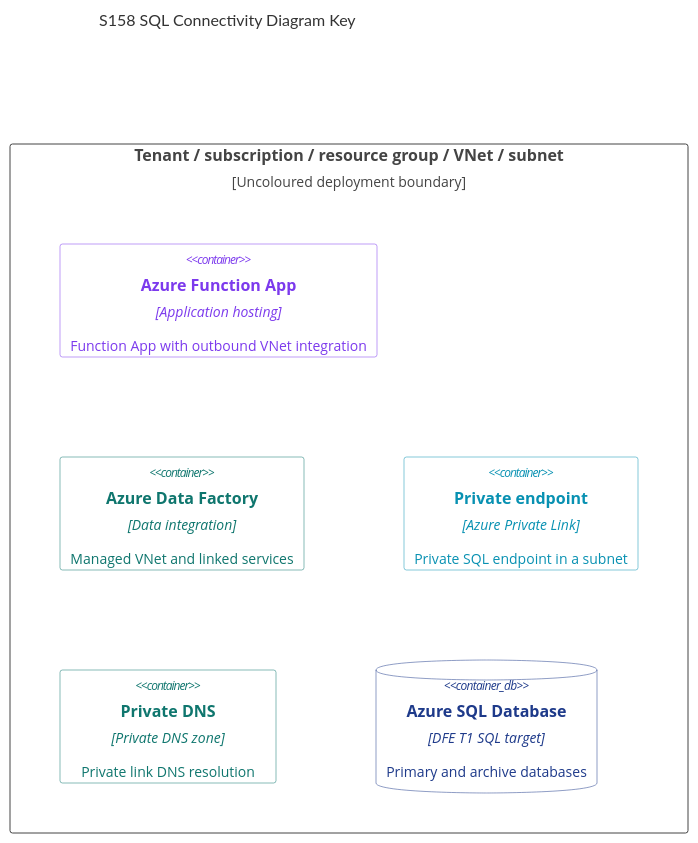
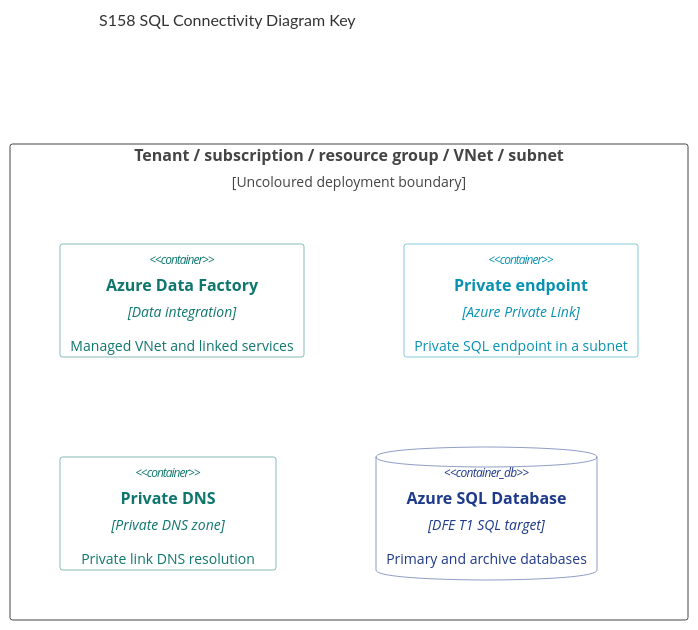
One commit to DFE-Digital/get-information-about-schools changed the ninth of 10 diagrams in documentation/operations/deployment-architecture.md. Above: the diagram before and after it, drawn with Mermaid. The commit also changed other lines of this file and 1 other file, not shown here.

````diff
--- a/documentation/operations/deployment-architecture.md
+++ b/documentation/operations/deployment-architecture.md
@@ -496,22 +487,20 @@
 ```mermaid
 %%{init: {'theme': 'base', 'themeVariables': { 'primaryColor': '#ffffff', 'secondaryColor': '#ffffff', 'tertiaryColor': '#ffffff', 'lineColor': '#334155', 'fontFamily': 'Segoe UI, Arial, sans-serif'}, 'themeCSS': 'rect, path { stroke-width: 2.5px; } .relationshipLine { stroke-width: 2px; }'}}%%
 C4Deployment
 
     title S158 SQL Connectivity Diagram Key
 
     UpdateLayoutConfig($c4ShapeInRow="6", $c4BoundaryInRow="3")
 
     Deployment_Node(keyBoundary, "Tenant / subscription / resource group / VNet / subnet", "Uncoloured deployment boundary") {
-        Container(functionKey, "Azure Function App", "Application hosting", "Function App with outbound VNet integration")
         Container(dataFactoryKey, "Azure Data Factory", "Data integration", "Managed VNet and linked services")
         Container(privateEndpointKey, "Private endpoint", "Azure Private Link", "Private SQL endpoint in a subnet")
         Container(privateDnsKey, "Private DNS", "Private DNS zone", "Private link DNS resolution")
         ContainerDb(sqlKey, "Azure SQL Database", "DFE T1 SQL target", "Primary and archive databases")
     }
 
-    UpdateElementStyle(functionKey, $bgColor="#ffffff", $fontColor="#7c3aed", $borderColor="#7c3aed")
     UpdateElementStyle(dataFactoryKey, $bgColor="#ffffff", $fontColor="#0f766e", $borderColor="#0f766e")
     UpdateElementStyle(privateEndpointKey, $bgColor="#ffffff", $fontColor="#0891b2", $borderColor="#0891b2")
     UpdateElementStyle(privateDnsKey, $bgColor="#ffffff", $fontColor="#0f766e", $borderColor="#0f766e")
     UpdateElementStyle(sqlKey, $bgColor="#ffffff", $fontColor="#1e3a8a", $borderColor="#1e3a8a")
 ```
````
